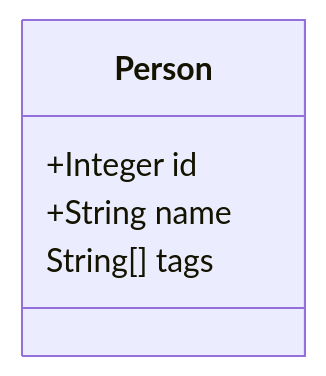
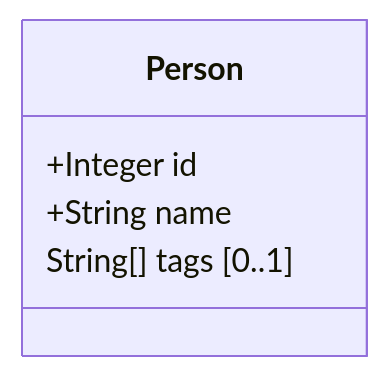
The second of 6 diagrams in README.md (flemming-n-larsen/JSONSchema-to-Mermaid), drawn with Mermaid before and after one commit. The commit also changed other lines of this file and 5 other files, not shown here.

Commit message:
Add optional cardinality notation for fields in MermaidGenerator output

````diff
--- a/README.md
+++ b/README.md
@@ -62,8 +61,8 @@
 ```mermaid
 classDiagram
   class Person {
     +Integer id
     +String name
-    String[] tags
+    String[] tags [0..1]
   }
 ```
````
